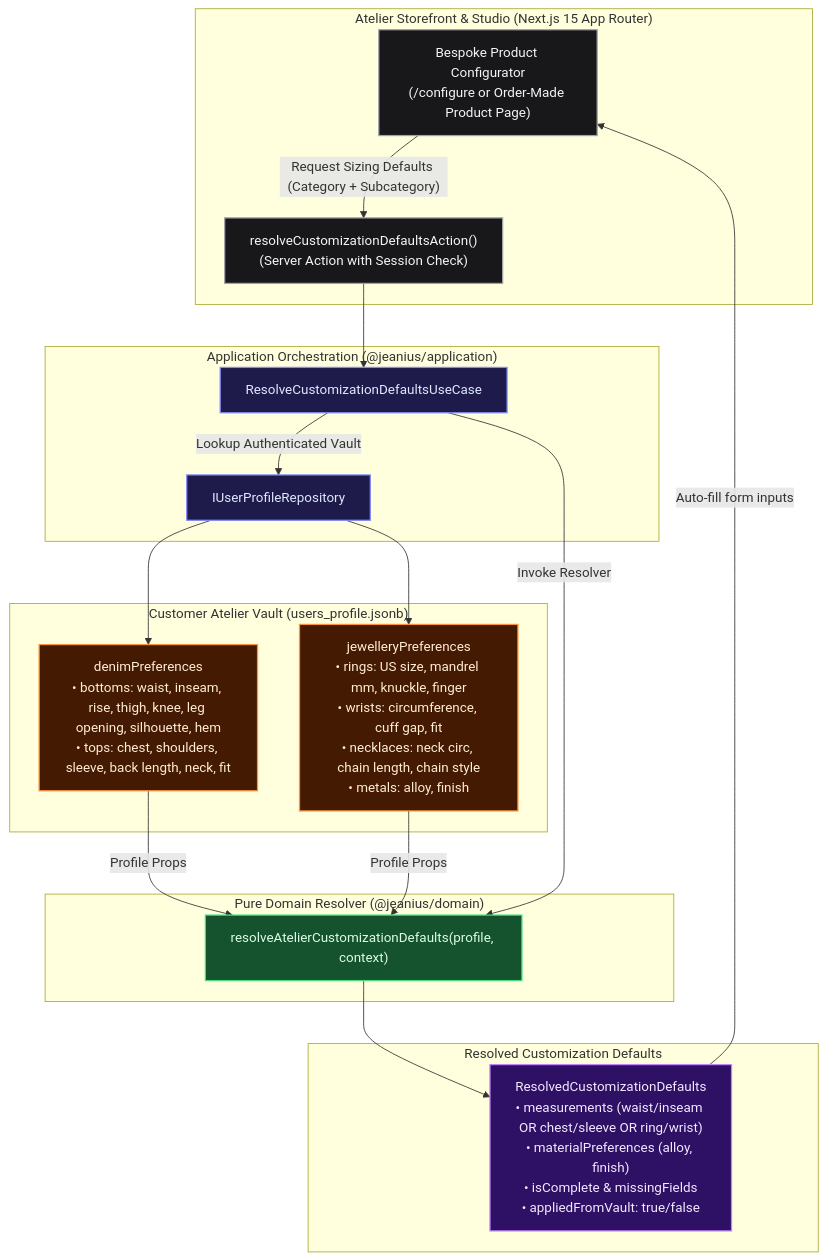
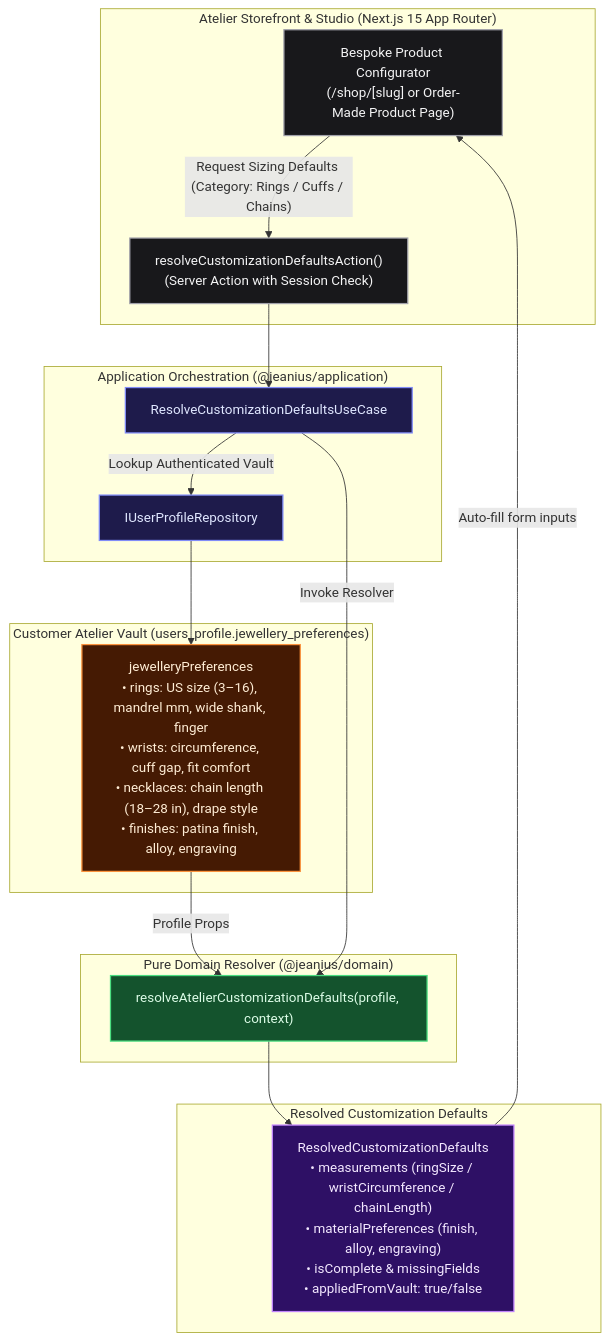
Before and after one commit to Sarthak2233/Jeanius: the diagram in docs/assets/diagrams/src/atelier-vault-autofill-architecture.mmd, drawn with Mermaid. The commit also changed 145 other files, not shown here.

Commit message:
feat(catalog): complete project 925 vertical pivot, categories and PDP configurator

```diff
--- a/docs/assets/diagrams/src/atelier-vault-autofill-architecture.mmd
+++ b/docs/assets/diagrams/src/atelier-vault-autofill-architecture.mmd
@@ -1,39 +1,36 @@
 flowchart TD
     classDef client fill:#18181b,stroke:#a1a1aa,stroke-width:1.5px,color:#f4f4f5;
     classDef domain fill:#1e1b4b,stroke:#818cf8,stroke-width:1.5px,color:#e0e7ff;
     classDef resolver fill:#14532d,stroke:#4ade80,stroke-width:1.5px,color:#dcfce7;
     classDef vault fill:#451a03,stroke:#fb923c,stroke-width:1.5px,color:#ffedd5;
     classDef output fill:#2e1065,stroke:#c084fc,stroke-width:1.5px,color:#f3e8ff;
 
     subgraph UserInterface ["Atelier Storefront & Studio (Next.js 15 App Router)"]
-        Configurator["Bespoke Product Configurator<br/>(/configure or Order-Made Product Page)"]:::client
+        Configurator["Bespoke Product Configurator<br/>(/shop/[slug] or Order-Made Product Page)"]:::client
         ServerAction["resolveCustomizationDefaultsAction()<br/>(Server Action with Session Check)"]:::client
-        Configurator -->|"Request Sizing Defaults (Category + Subcategory)"| ServerAction
+        Configurator -->|"Request Sizing Defaults (Category: Rings / Cuffs / Chains)"| ServerAction
     end
 
     subgraph AppLayer ["Application Orchestration (@jeanius/application)"]
         UseCase["ResolveCustomizationDefaultsUseCase"]:::domain
         ProfilePort["IUserProfileRepository"]:::domain
         ServerAction --> UseCase
         UseCase -->|Lookup Authenticated Vault| ProfilePort
     end
 
-    subgraph VaultData ["Customer Atelier Vault (users_profile.jsonb)"]
-        DenimVault["denimPreferences<br/>• bottoms: waist, inseam, rise, thigh, knee, leg opening, silhouette, hem<br/>• tops: chest, shoulders, sleeve, back length, neck, fit"]:::vault
-        JewelleryVault["jewelleryPreferences<br/>• rings: US size, mandrel mm, knuckle, finger<br/>• wrists: circumference, cuff gap, fit<br/>• necklaces: neck circ, chain length, chain style<br/>• metals: alloy, finish"]:::vault
-        ProfilePort --> DenimVault
+    subgraph VaultData ["Customer Atelier Vault (users_profile.jewellery_preferences)"]
+        JewelleryVault["jewelleryPreferences<br/>• rings: US size (3–16), mandrel mm, wide shank, finger<br/>• wrists: circumference, cuff gap, fit comfort<br/>• necklaces: chain length (18–28 in), drape style<br/>• finishes: patina finish, alloy, engraving"]:::vault
         ProfilePort --> JewelleryVault
     end
 
     subgraph DomainResolver ["Pure Domain Resolver (@jeanius/domain)"]
         Engine["resolveAtelierCustomizationDefaults(profile, context)"]:::resolver
-        DenimVault -->|Profile Props| Engine
         JewelleryVault -->|Profile Props| Engine
         UseCase -->|Invoke Resolver| Engine
     end
 
     subgraph ResolvedState ["Resolved Customization Defaults"]
-        ResolvedData["ResolvedCustomizationDefaults<br/>• measurements (waist/inseam OR chest/sleeve OR ring/wrist)<br/>• materialPreferences (alloy, finish)<br/>• isComplete & missingFields<br/>• appliedFromVault: true/false"]:::output
+        ResolvedData["ResolvedCustomizationDefaults<br/>• measurements (ringSize / wristCircumference / chainLength)<br/>• materialPreferences (finish, alloy, engraving)<br/>• isComplete & missingFields<br/>• appliedFromVault: true/false"]:::output
         Engine --> ResolvedData
         ResolvedData -->|Auto-fill form inputs| Configurator
     end
```
